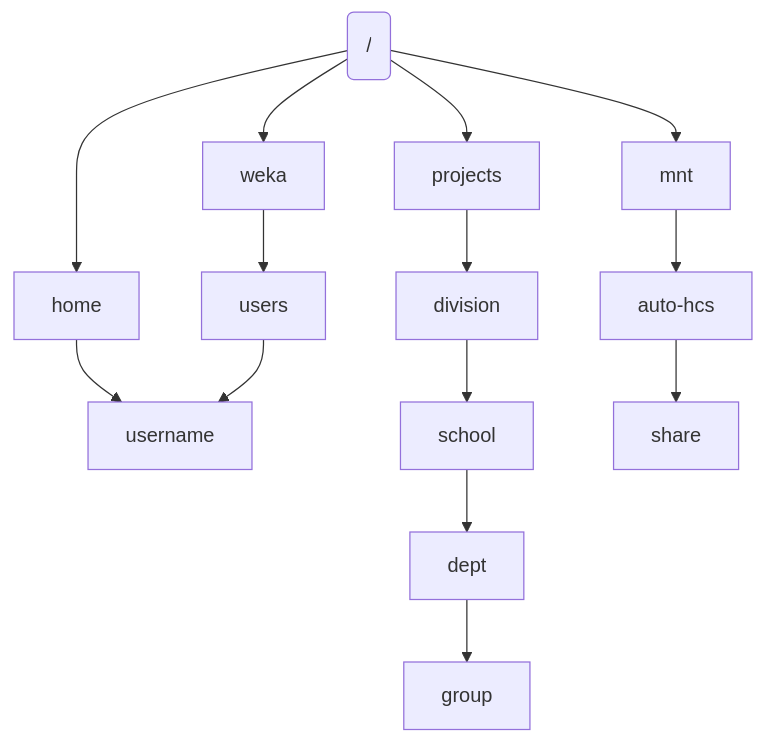
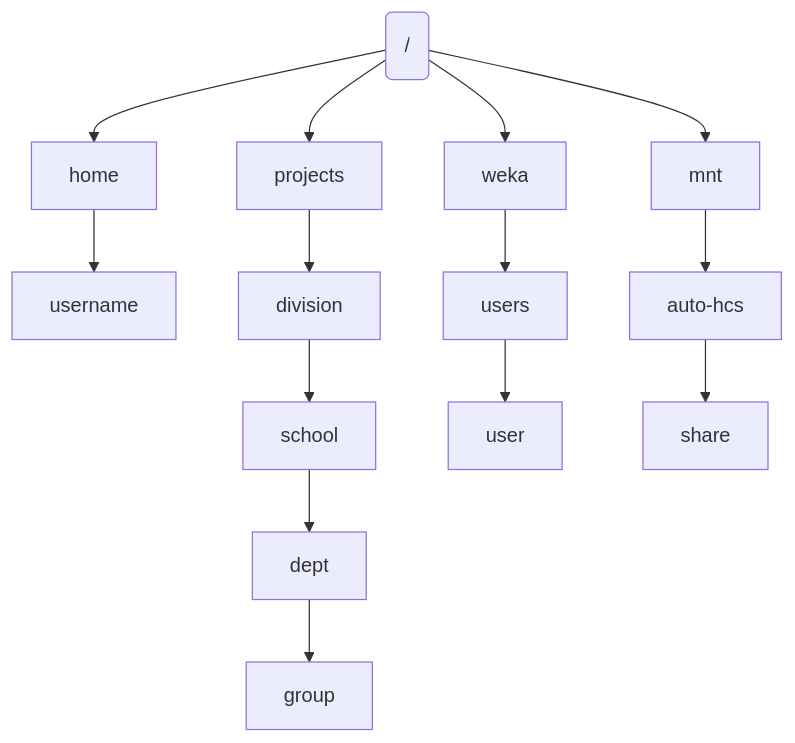
One commit to rtis-docs/research-cluster changed the diagram in docs/storage/storage_options.md. Above: the diagram before and after it, drawn with Mermaid. The commit also changed other lines of this file and 1 other file, not shown here.

````diff
--- a/docs/storage/storage_options.md
+++ b/docs/storage/storage_options.md
@@ -12,20 +6,20 @@
 ```mermaid
 graph TD;
     root("/")
     root --> home
     home --> username
  
     root --> projects
     projects --> div1[division]
     div1 --> school1[school]
     school1 --> dept1[dept]
     dept1 --> group1[group]
  
     root --> weka
     weka --> users
-    users --> username
+    users --> user
  
     root --> mnt
     mnt --> auto-hcs
     auto-hcs --> share
 ```
````
